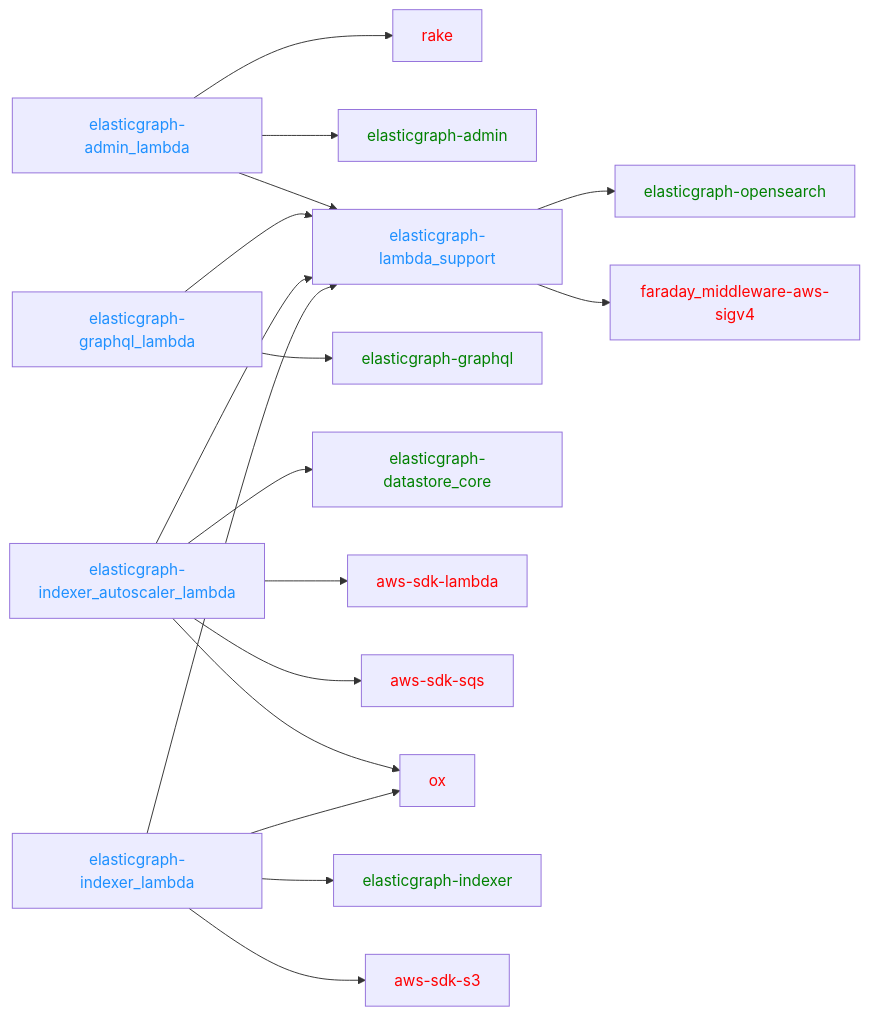
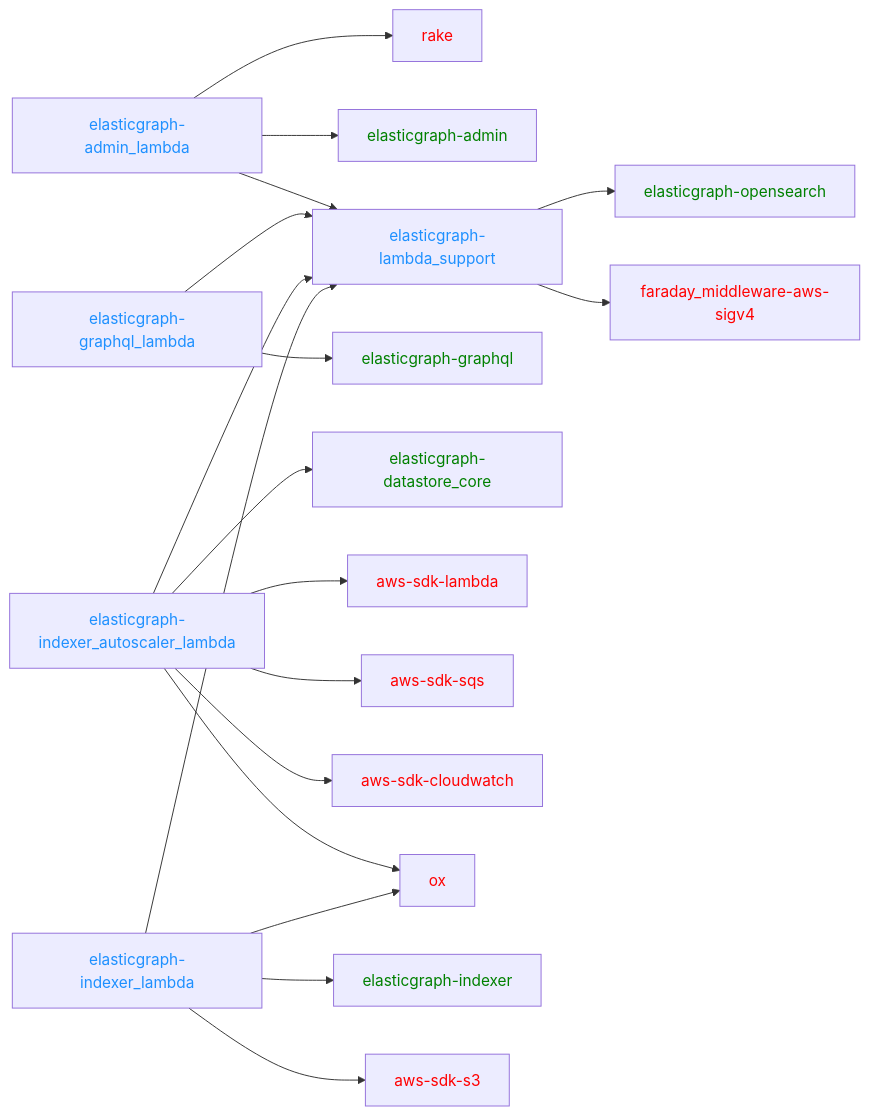
The second of 5 diagrams in README.md (step-security-bot/elasticgraph), drawn with Mermaid before and after one commit. The commit also changed 12 other files, not shown here.

First line of the commit message:
[indexer_autoscaler_lambda] pause indexing if the available storage drops below a threshold (#14)

````diff
--- a/README.md
+++ b/README.md
@@ -97,30 +97,32 @@
 ```mermaid
 graph LR;
     elasticgraph-admin_lambda --> rake & elasticgraph-admin & elasticgraph-lambda_support
     elasticgraph-graphql_lambda --> elasticgraph-graphql & elasticgraph-lambda_support
-    elasticgraph-indexer_autoscaler_lambda --> elasticgraph-datastore_core & elasticgraph-lambda_support & aws-sdk-lambda & aws-sdk-sqs & ox
+    elasticgraph-indexer_autoscaler_lambda --> elasticgraph-datastore_core & elasticgraph-lambda_support & aws-sdk-lambda & aws-sdk-sqs & aws-sdk-cloudwatch & ox
     elasticgraph-indexer_lambda --> elasticgraph-indexer & elasticgraph-lambda_support & aws-sdk-s3 & ox
     elasticgraph-lambda_support --> elasticgraph-opensearch & faraday_middleware-aws-sigv4
     style elasticgraph-admin_lambda color: DodgerBlue;
     style elasticgraph-graphql_lambda color: DodgerBlue;
     style elasticgraph-indexer_autoscaler_lambda color: DodgerBlue;
     style elasticgraph-indexer_lambda color: DodgerBlue;
     style elasticgraph-lambda_support color: DodgerBlue;
     style rake color: Red;
     style elasticgraph-admin color: Green;
     style elasticgraph-graphql color: Green;
     style elasticgraph-datastore_core color: Green;
     style aws-sdk-lambda color: Red;
     style aws-sdk-sqs color: Red;
+    style aws-sdk-cloudwatch color: Red;
     style ox color: Red;
     style elasticgraph-indexer color: Green;
     style aws-sdk-s3 color: Red;
     style elasticgraph-opensearch color: Green;
     style faraday_middleware-aws-sigv4 color: Red;
+click aws-sdk-cloudwatch href "https://rubygems.org/gems/aws-sdk-cloudwatch"
 click aws-sdk-lambda href "https://rubygems.org/gems/aws-sdk-lambda"
 click aws-sdk-s3 href "https://rubygems.org/gems/aws-sdk-s3"
 click aws-sdk-sqs href "https://rubygems.org/gems/aws-sdk-sqs"
 click faraday_middleware-aws-sigv4 href "https://rubygems.org/gems/faraday_middleware-aws-sigv4"
 click ox href "https://rubygems.org/gems/ox"
 click rake href "https://rubygems.org/gems/rake"
 ```
````
